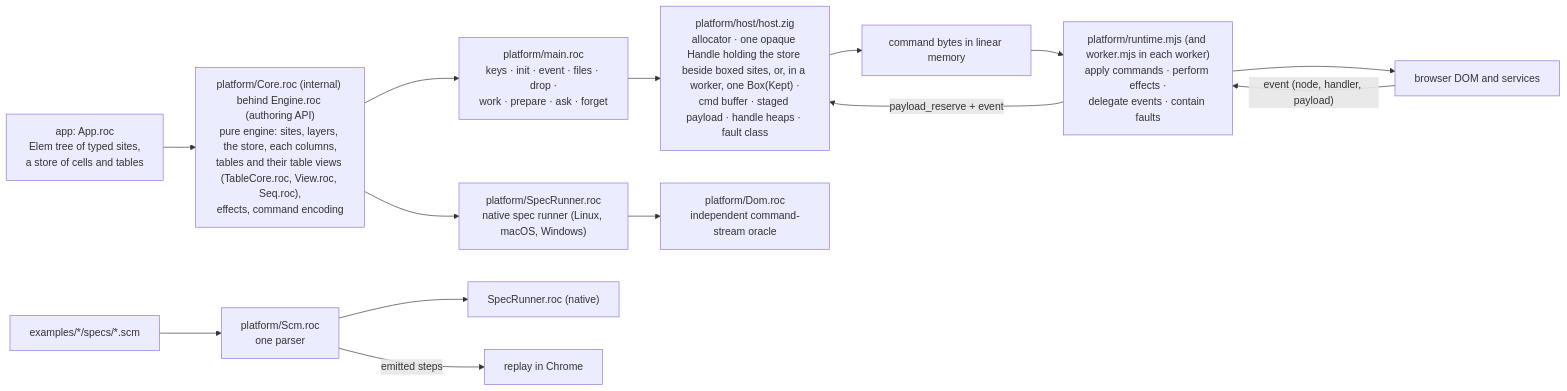
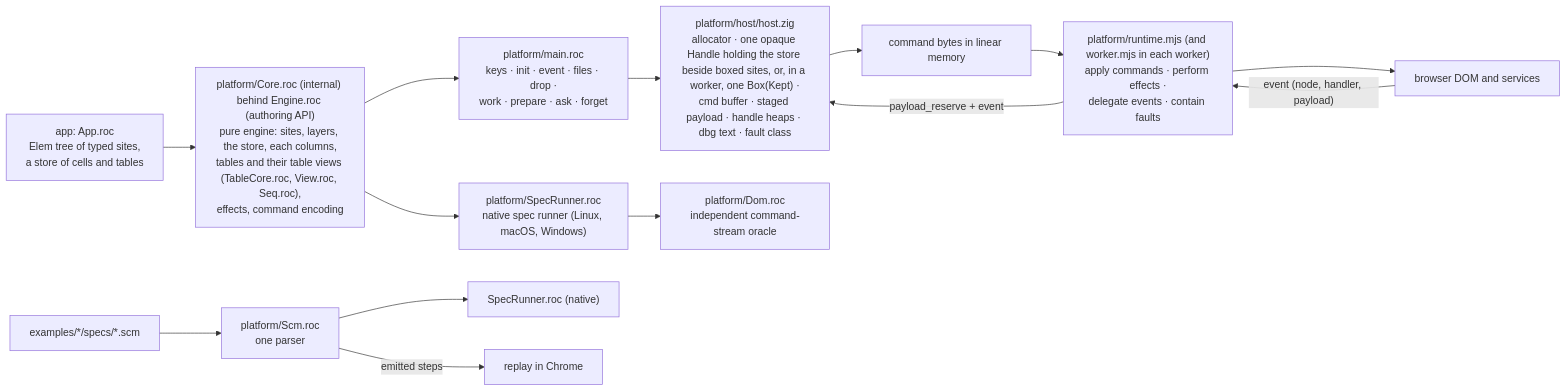
The diagram in design.md (lukewilliamboswell/roc-signals), drawn with Mermaid before and after one commit. The commit also changed other lines of this file and 71 other files, not shown here.

````diff
--- a/design.md
+++ b/design.md
@@ -440,17 +445,17 @@
 ```mermaid
 flowchart LR
     App["app: App.roc<br/>Elem tree of typed sites,<br/>a store of cells and tables"] --> Engine["platform/Core.roc (internal) behind Engine.roc (authoring API)<br/>pure engine: sites, layers, the store, each columns,<br/>tables and their table views (TableCore.roc, View.roc, Seq.roc),<br/>effects, command encoding"]
     Engine --> Main["platform/main.roc<br/>keys · init · event · files · drop ·<br/>work · prepare · ask · forget"]
-    Main --> Host["platform/host/host.zig<br/>allocator · one opaque Handle holding the store beside boxed sites, or, in a worker, one Box(Kept) ·<br/>cmd buffer · staged payload · handle heaps · fault class"]
+    Main --> Host["platform/host/host.zig<br/>allocator · one opaque Handle holding the store beside boxed sites, or, in a worker, one Box(Kept) ·<br/>cmd buffer · staged payload · handle heaps · dbg text · fault class"]
     Host --> Wire["command bytes in linear memory"]
     Wire --> JS["platform/runtime.mjs (and worker.mjs in each worker)<br/>apply commands · perform effects ·<br/>delegate events · contain faults"]
     JS --> DOM["browser DOM and services"]
     DOM -->|"event (node, handler, payload)"| JS
     JS -->|"payload_reserve + event"| Host
 
     Engine --> Test["platform/SpecRunner.roc<br/>native spec runner (Linux, macOS, Windows)"]
     Test --> Oracle["platform/Dom.roc<br/>independent command-stream oracle"]
     Scm["examples/*/specs/*.scm"] --> Parser["platform/Scm.roc<br/>one parser"]
     Parser --> Native["SpecRunner.roc (native)"]
     Parser -->|"emitted steps"| Browser["replay in Chrome"]
 ```
````
